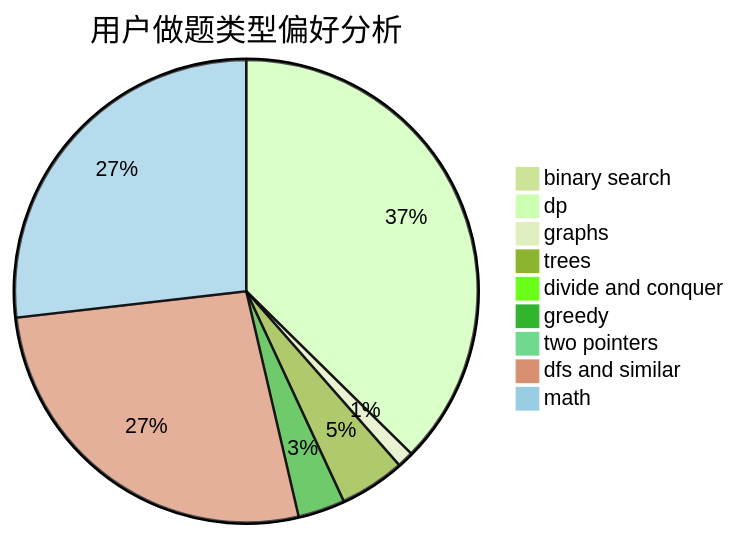
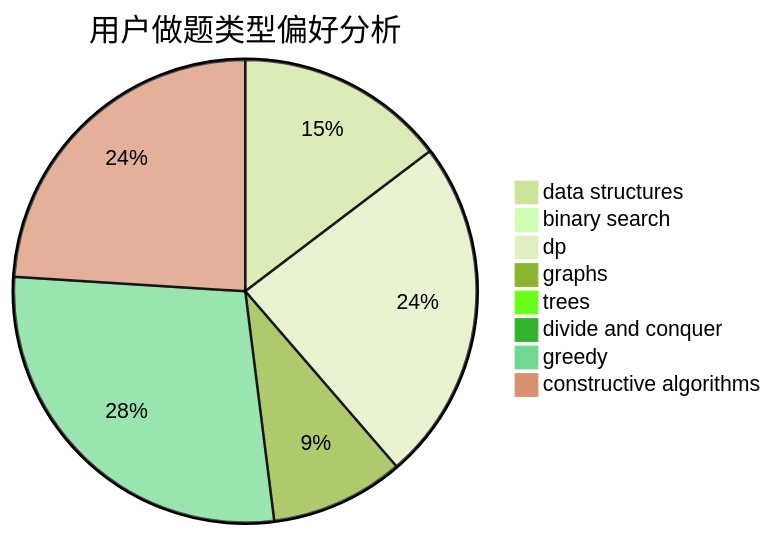
One commit to sherpahu/cfrs.github.io changed the second of 3 diagrams in docs/user/u2570.md. Above: the diagram before and after it, drawn with Mermaid (forest theme). The commit also changed other lines of this file and 2775 other files, not shown here.

````diff
--- a/docs/user/u2570.md
+++ b/docs/user/u2570.md
@@ -23,12 +23,11 @@
 ```mermaid
 pie title 用户做题类型偏好分析
-    "binary search" :  7
-    "dp" :  262
-    "graphs" :  8
-    "trees" :  32
+    "data structures" :  11
+    "binary search" :  0
+    "dp" :  18
+    "graphs" :  7
+    "trees" :  0
     "divide and conquer" :  0
-    "greedy" :  23
-    "two pointers" :  0
-    "dfs and similar" :  188
-    "math" :  188
+    "greedy" :  21
+    "constructive algorithms" :  18
 ```
````
